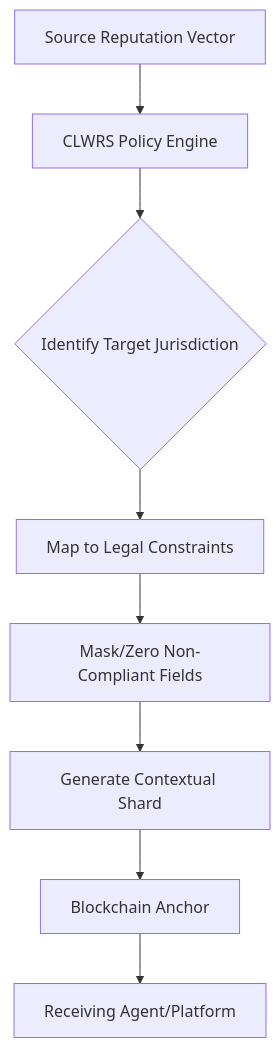
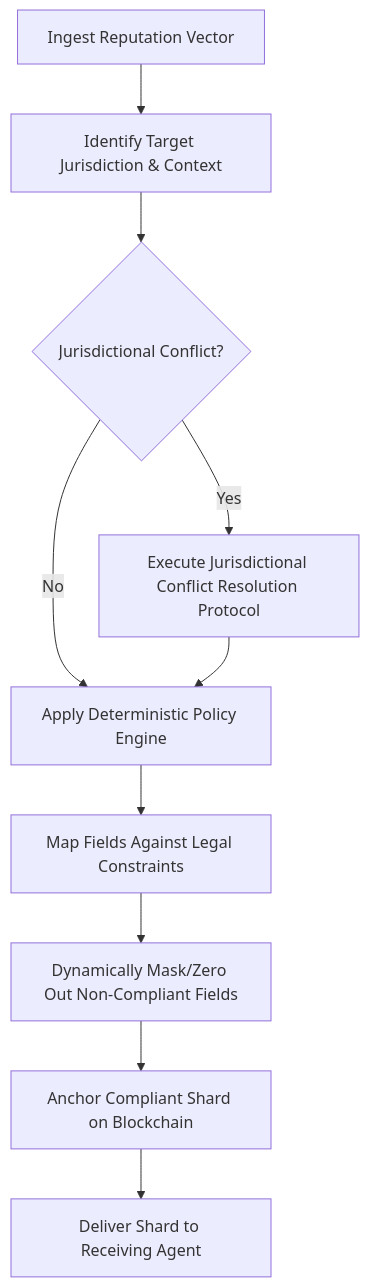
The diagram in inventions/inv_contextual_legal_weighted_reputation_shard_clwrs_12eaf.md (shawnhvac/agentworld-prior-art), drawn with Mermaid before and after one commit. The commit also changed other lines of this file and 133 other files, not shown here.

````diff
--- a/inventions/inv_contextual_legal_weighted_reputation_shard_clwrs_12eaf.md
+++ b/inventions/inv_contextual_legal_weighted_reputation_shard_clwrs_12eaf.md
@@ -47,10 +47,12 @@
 ```mermaid
-flowchart TD
-    A[Source Reputation Vector] --> B[CLWRS Policy Engine]
-    B --> C{Identify Target Jurisdiction}
-    C --> D[Map to Legal Constraints]
-    D --> E[Mask/Zero Non-Compliant Fields]
-    E --> F[Generate Contextual Shard]
-    F --> G[Blockchain Anchor]
-    G --> H[Receiving Agent/Platform]
+graph TD
+    A[Ingest Reputation Vector] --> B[Identify Target Jurisdiction & Context]
+    B --> C{Jurisdictional Conflict?}
+    C -- Yes --> D[Execute Jurisdictional Conflict Resolution Protocol]
+    C -- No --> E[Apply Deterministic Policy Engine]
+    D --> E
+    E --> F[Map Fields Against Legal Constraints]
+    F --> G[Dynamically Mask/Zero Out Non-Compliant Fields]
+    G --> H[Anchor Compliant Shard on Blockchain]
+    H --> I[Deliver Shard to Receiving Agent]
 ```
````
